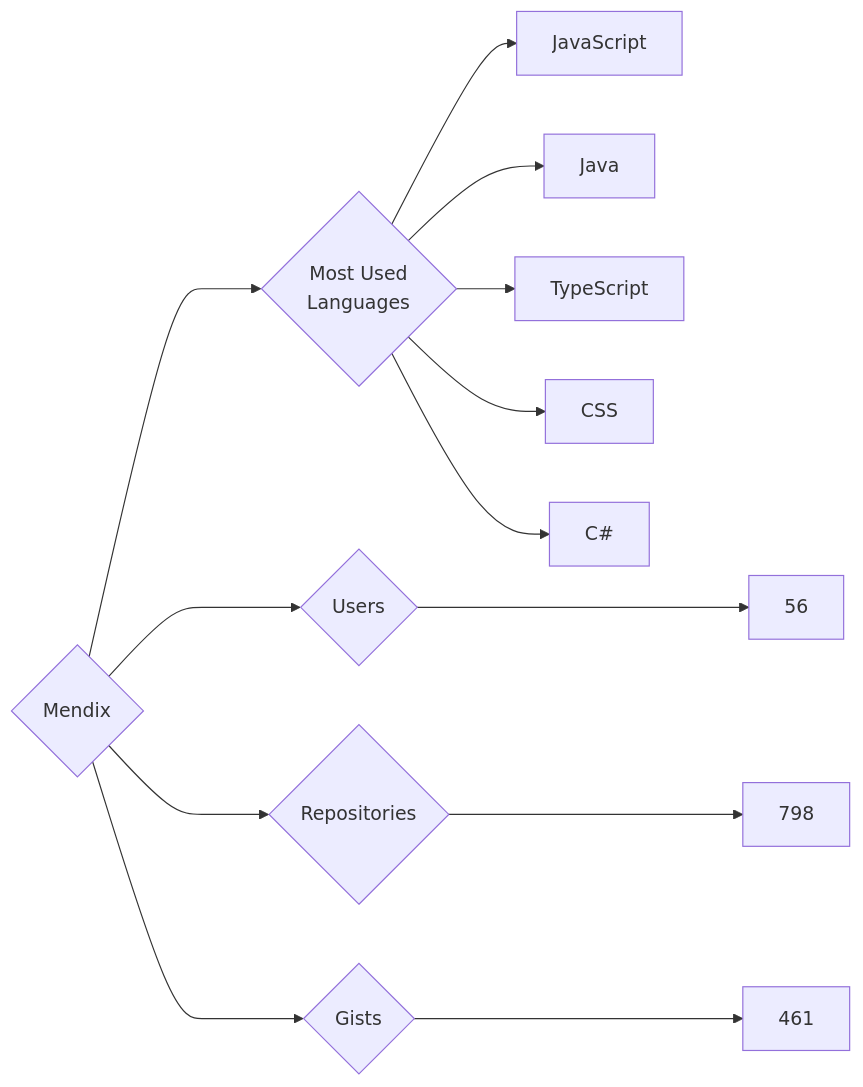
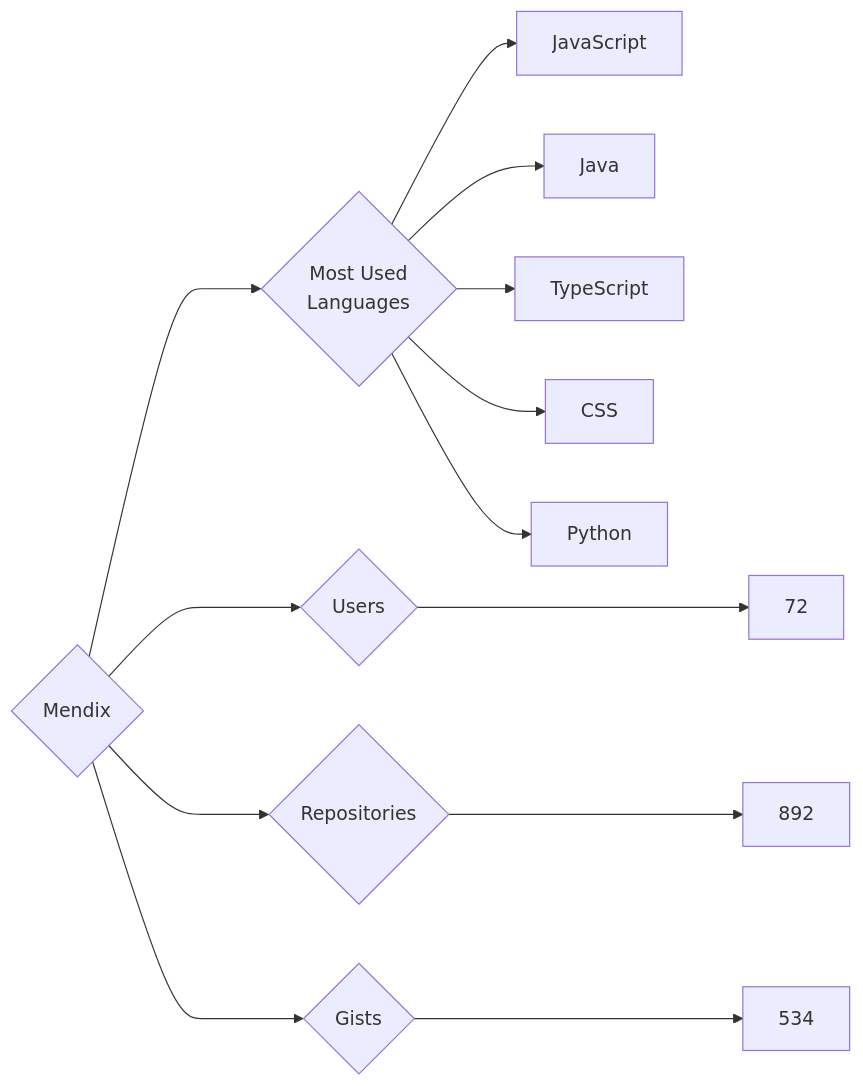
One commit to trickest/insiders changed the diagram in targets/Mendix/README.md. Above: the diagram before and after it, drawn with Mermaid. The commit also changed 995 other files, not shown here.

````diff
--- a/targets/Mendix/README.md
+++ b/targets/Mendix/README.md
@@ -3,13 +3,13 @@
 ```mermaid
 graph LR
 COMPANY_NAME{Mendix}
-COMPANY_NAME ---> U{Users} ---> UN[56]
-COMPANY_NAME ---> R{Repositories} ---> RN[798]
-COMPANY_NAME ---> G{Gists} ---> GN[461]
+COMPANY_NAME ---> U{Users} ---> UN[72]
+COMPANY_NAME ---> R{Repositories} ---> RN[892]
+COMPANY_NAME ---> G{Gists} ---> GN[534]
 COMPANY_NAME ---> ML{Most Used<br>Languages}
 ML --> JavaScript[JavaScript]
 ML --> Java[Java]
 ML --> TypeScript[TypeScript]
 ML --> CSS[CSS]
-ML --> C#[C#]
+ML --> Python[Python]
 ```
````
